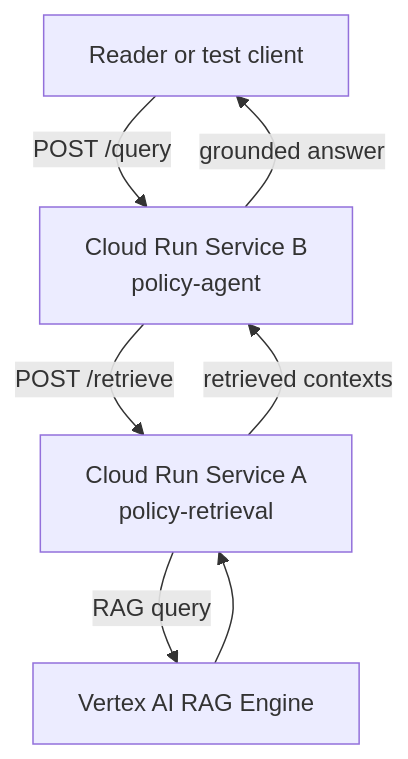
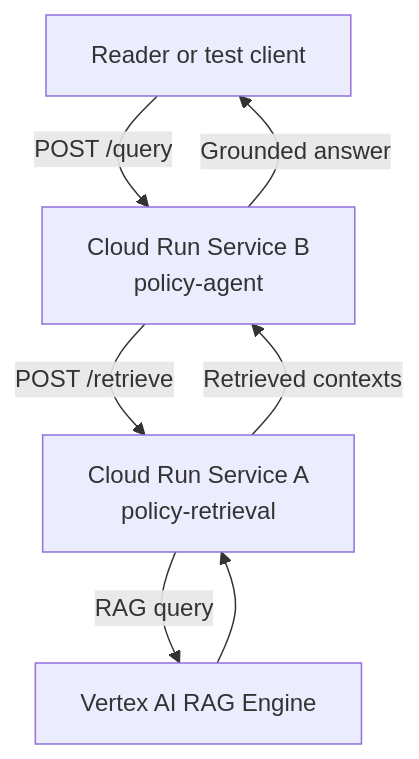
Before and after one commit to mohitagr18/ch10-cloud-agent-patterns: the diagram in workflow/05-end-to-end-cloud-run.md, drawn with Mermaid. The commit also changed other lines of this file, not shown here.

Commit message:
Polish workflow captions and Mermaid labels for publisher-friendly chapter figures

````diff
--- a/workflow/05-end-to-end-cloud-run.md
+++ b/workflow/05-end-to-end-cloud-run.md
@@ -11,11 +11,11 @@
 ```mermaid
 flowchart TD
     A[Reader or test client] -->|POST /query| B[Cloud Run Service B
 policy-agent]
     B -->|POST /retrieve| C[Cloud Run Service A
 policy-retrieval]
     C -->|RAG query| D[Vertex AI RAG Engine]
     D --> C
-    C -->|retrieved contexts| B
-    B -->|grounded answer| A
+    C -->|Retrieved contexts| B
+    B -->|Grounded answer| A
 ```
````
